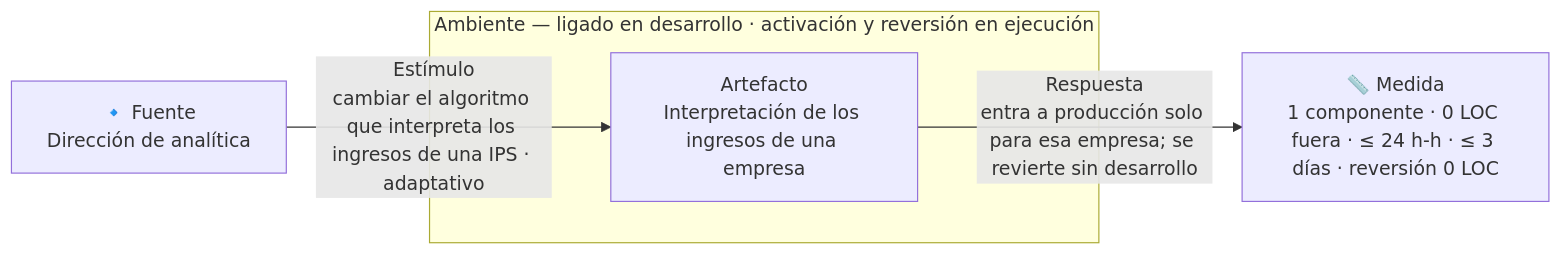
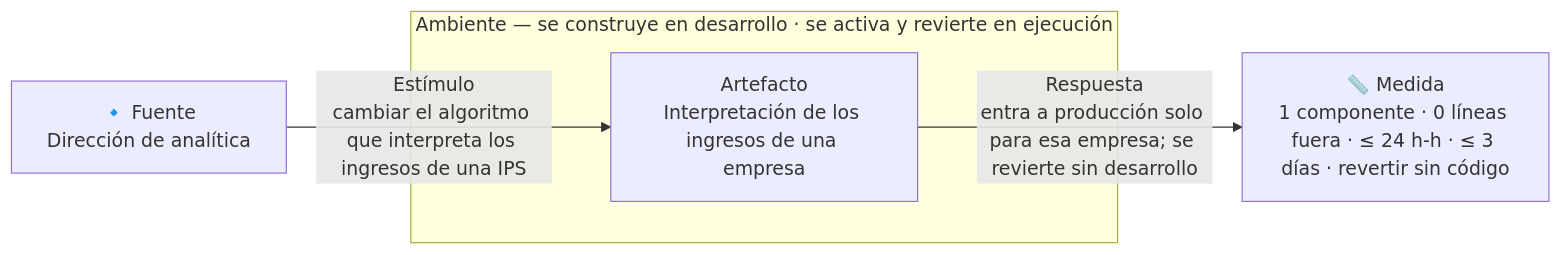
The third of 4 diagrams in docs/quality-attributes.md (MATI-MBIT/arqsoft-reto-3), drawn with Mermaid before and after one commit. The commit also changed other lines of this file and 6 other files, not shown here.

````diff
--- a/docs/quality-attributes.md
+++ b/docs/quality-attributes.md
@@ -283,9 +148,9 @@
 ```mermaid
 flowchart LR
     F["🔹 Fuente<br/>Dirección de analítica"]
-    F -- "Estímulo<br/>cambiar el algoritmo que interpreta los ingresos de una IPS · adaptativo" --> A
-    subgraph AMB["Ambiente — ligado en desarrollo · activación y reversión en ejecución"]
+    F -- "Estímulo<br/>cambiar el algoritmo que interpreta los ingresos de una IPS" --> A
+    subgraph AMB["Ambiente — se construye en desarrollo · se activa y revierte en ejecución"]
         A["Artefacto<br/>Interpretación de los ingresos de una empresa"]
     end
-    A -- "Respuesta<br/>entra a producción solo para esa empresa; se revierte sin desarrollo" --> M["📏 Medida<br/>1 componente · 0 LOC fuera · ≤ 24 h-h · ≤ 3 días · reversión 0 LOC"]
+    A -- "Respuesta<br/>entra a producción solo para esa empresa; se revierte sin desarrollo" --> M["📏 Medida<br/>1 componente · 0 líneas fuera · ≤ 24 h-h · ≤ 3 días · revertir sin código"]
 ```
````
